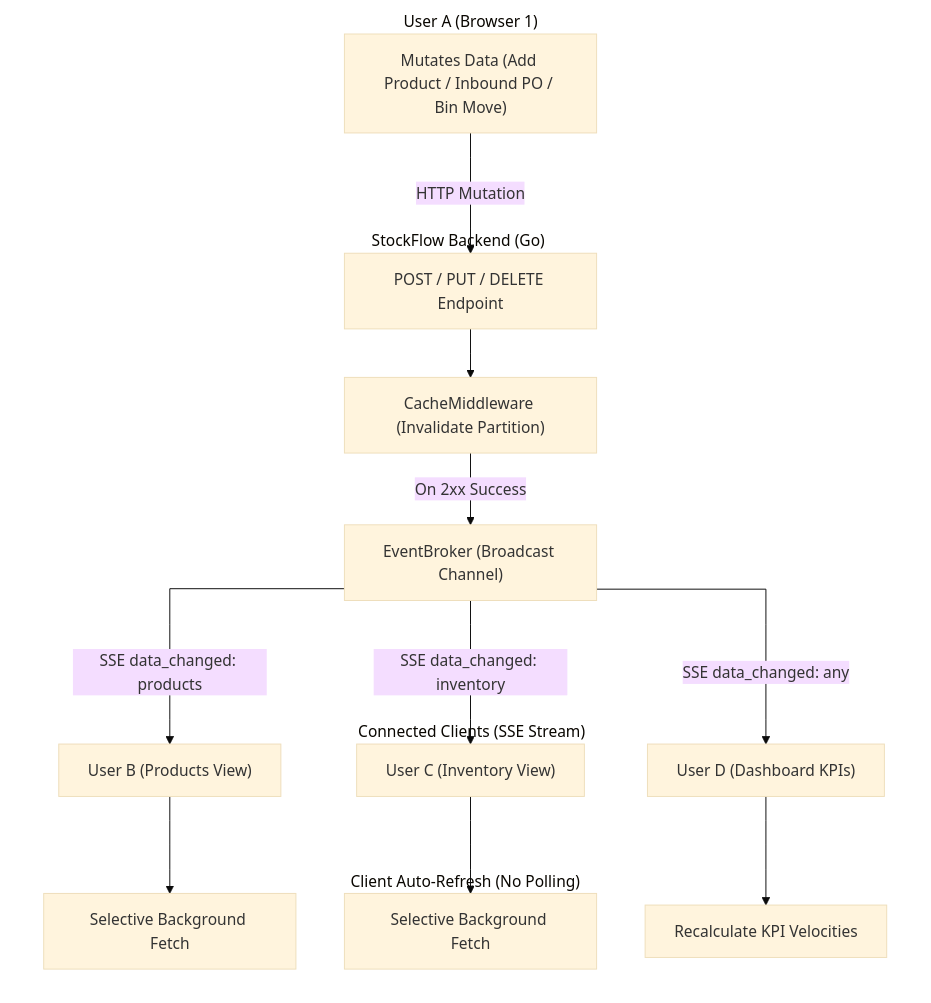
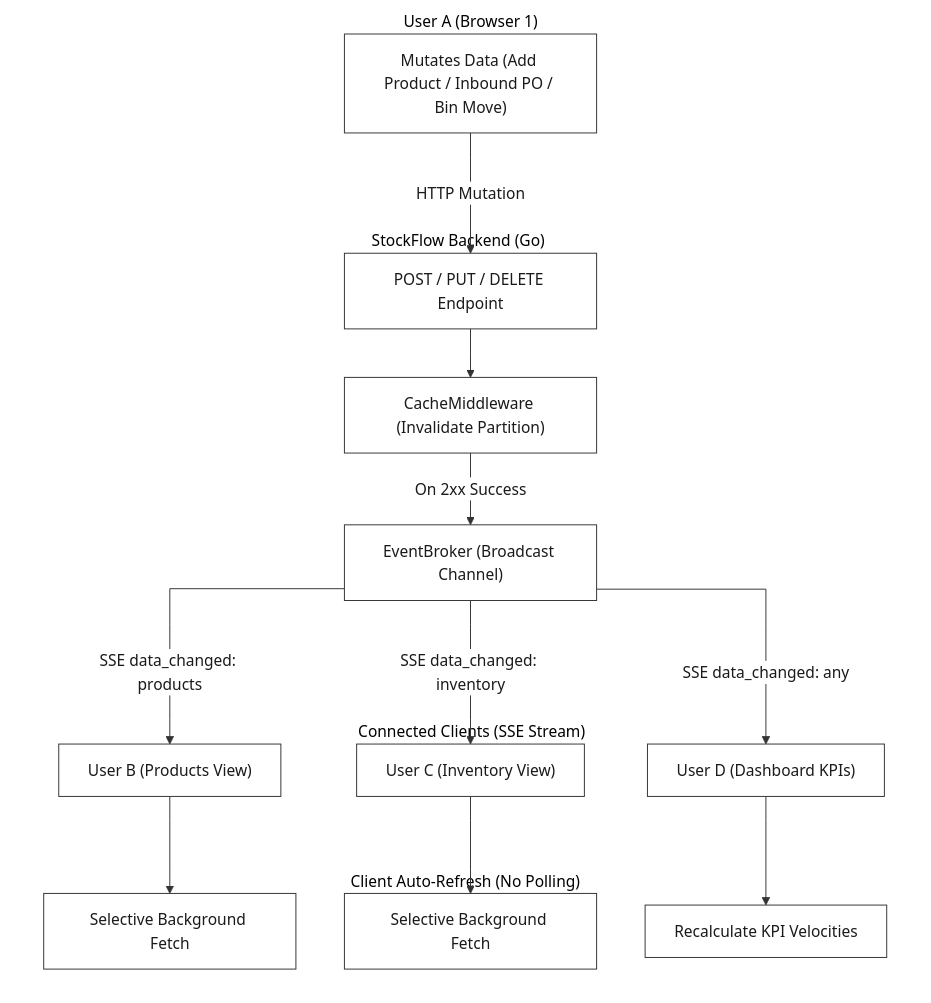
One commit to RPriago/stockFlow changed the third of 3 diagrams in README.md. Above: the diagram before and after it, drawn with Mermaid. The commit also changed other lines of this file, not shown here.

````diff
--- a/README.md
+++ b/README.md
@@ -150,40 +150,40 @@
 ```mermaid
-%%{init: {"theme": "base", "themeVariables": {"clusterBkg": "transparent", "clusterBorder": "none"}, "flowchart": {"curve": "stepAfter"}}}%%
+%%{init: {"theme": "base", "themeVariables": {"primaryColor": "#ffffff", "primaryBorderColor": "#333333", "primaryTextColor": "#1a1a1a", "lineColor": "#333333", "secondaryColor": "#ffffff", "tertiaryColor": "#ffffff", "clusterBkg": "transparent", "clusterBorder": "#666666"}, "flowchart": {"curve": "stepAfter"}}}%%
 flowchart TD
     subgraph UserA ["User A (Browser 1)"]
         ActionA["Mutates Data (Add Product / Inbound PO / Bin Move)"]
     end
 
     subgraph Backend ["StockFlow Backend (Go)"]
         API["POST / PUT / DELETE Endpoint"]
         CacheLayer["CacheMiddleware (Invalidate Partition)"]
         Broker["EventBroker (Broadcast Channel)"]
         API --> CacheLayer
         CacheLayer -->|"On 2xx Success"| Broker
     end
 
     subgraph Clients ["Connected Clients (SSE Stream)"]
         ClientB["User B (Products View)"]
         ClientC["User C (Inventory View)"]
         ClientD["User D (Dashboard KPIs)"]
         Broker -->|"SSE data_changed: products"| ClientB
         Broker -->|"SSE data_changed: inventory"| ClientC
         Broker -->|"SSE data_changed: any"| ClientD
     end
 
     subgraph ClientSync ["Client Auto-Refresh (No Polling)"]
         RefetchB["Selective Background Fetch"]
         RefetchC["Selective Background Fetch"]
         RefetchD["Recalculate KPI Velocities"]
         ClientB --> RefetchB
         ClientC --> RefetchC
         ClientD --> RefetchD
     end
 
     ActionA -->|"HTTP Mutation"| API
 
     style UserA fill:none,stroke:none
     style Backend fill:none,stroke:none
     style Clients fill:none,stroke:none
     style ClientSync fill:none,stroke:none
 ```
````
